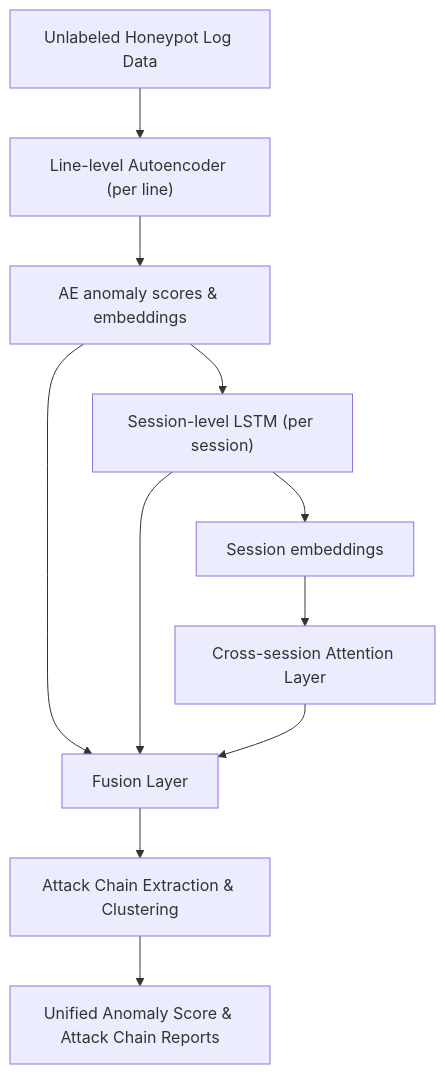
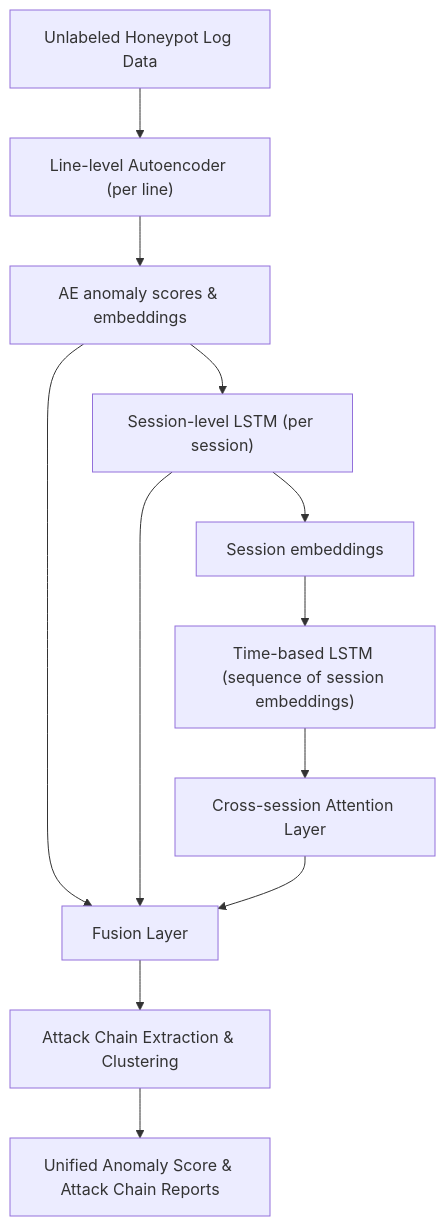
One commit to JohannesLks/Thesis changed the diagram in documentation/Unsupervised_Multi-Layer_Anomaly_Detection_in_Unstructured_Honeypot_Logs_Across_Sessions_and_Time.md. Above: the diagram before and after it, drawn with Mermaid. The commit also changed other lines of this file, not shown here.

````diff
--- a/documentation/Unsupervised_Multi-Layer_Anomaly_Detection_in_Unstructured_Honeypot_Logs_Across_Sessions_and_Time.md
+++ b/documentation/Unsupervised_Multi-Layer_Anomaly_Detection_in_Unstructured_Honeypot_Logs_Across_Sessions_and_Time.md
@@ -42,13 +44,14 @@
 ```mermaid
 graph TD
     Input["Unlabeled Honeypot Log Data"] --> AE["Line-level Autoencoder (per line)"]
     AE --> AE_Out["AE anomaly scores & embeddings"]
     AE_Out --> LSTM["Session-level LSTM (per session)"]
     LSTM --> SessEmb["Session embeddings"]
-    SessEmb --> Attention["Cross-session Attention Layer"]
+    SessEmb --> TimeLSTM["Time-based LSTM (sequence of session embeddings)"]
+    TimeLSTM --> Attention["Cross-session Attention Layer"]
     AE_Out --> Fusion["Fusion Layer"]
     LSTM --> Fusion
     Attention --> Fusion
     Fusion --> Chains["Attack Chain Extraction & Clustering"]
     Chains --> Output["Unified Anomaly Score & Attack Chain Reports"]
 ```
````
